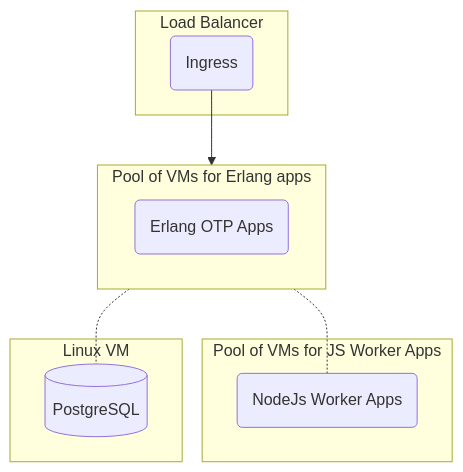
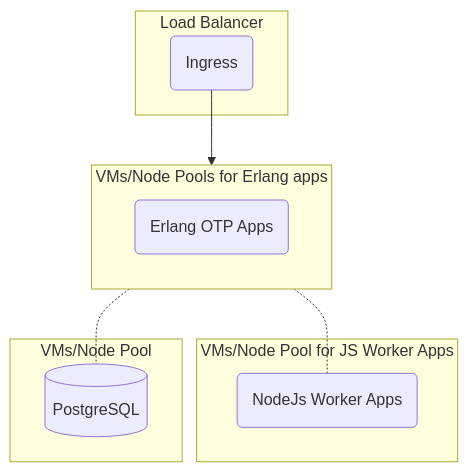
Before and after one commit to OpenFn/docs: the third of 3 diagrams in versioned_docs/version-legacy/deploy/requirements.md, drawn with Mermaid. The commit also changed other lines of this file and 1 other file, not shown here.

Commit message:
update deployment charts

````diff
--- a/versioned_docs/version-legacy/deploy/requirements.md
+++ b/versioned_docs/version-legacy/deploy/requirements.md
@@ -140,19 +142,19 @@
 ```mermaid
 flowchart TB
   ex1-.-db1
   ex1-.-js1
   lb1-->ex1
   subgraph "Load Balancer"
     lb1(Ingress)
   end
-  subgraph "Pool of VMs for Erlang apps"
+  subgraph "VMs/Node Pools for Erlang apps"
     direction LR
     ex1(Erlang OTP Apps)
   end
-  subgraph "Pool of VMs for JS Worker Apps"
+  subgraph "VMs/Node Pool for JS Worker Apps"
     js1(NodeJs Worker Apps)
   end
-  subgraph "Linux VM"
+  subgraph "VMs/Node Pool"
     db1[(PostgreSQL)]
   end
 ```
````
